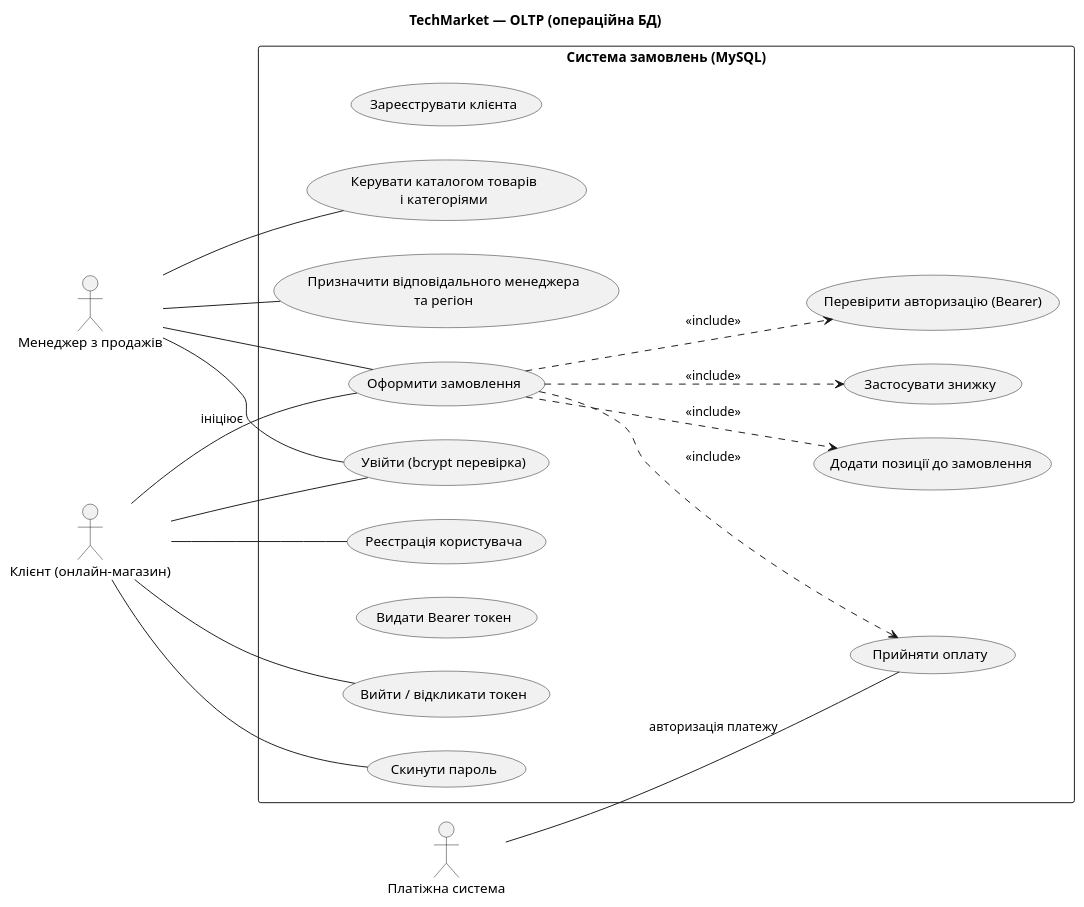
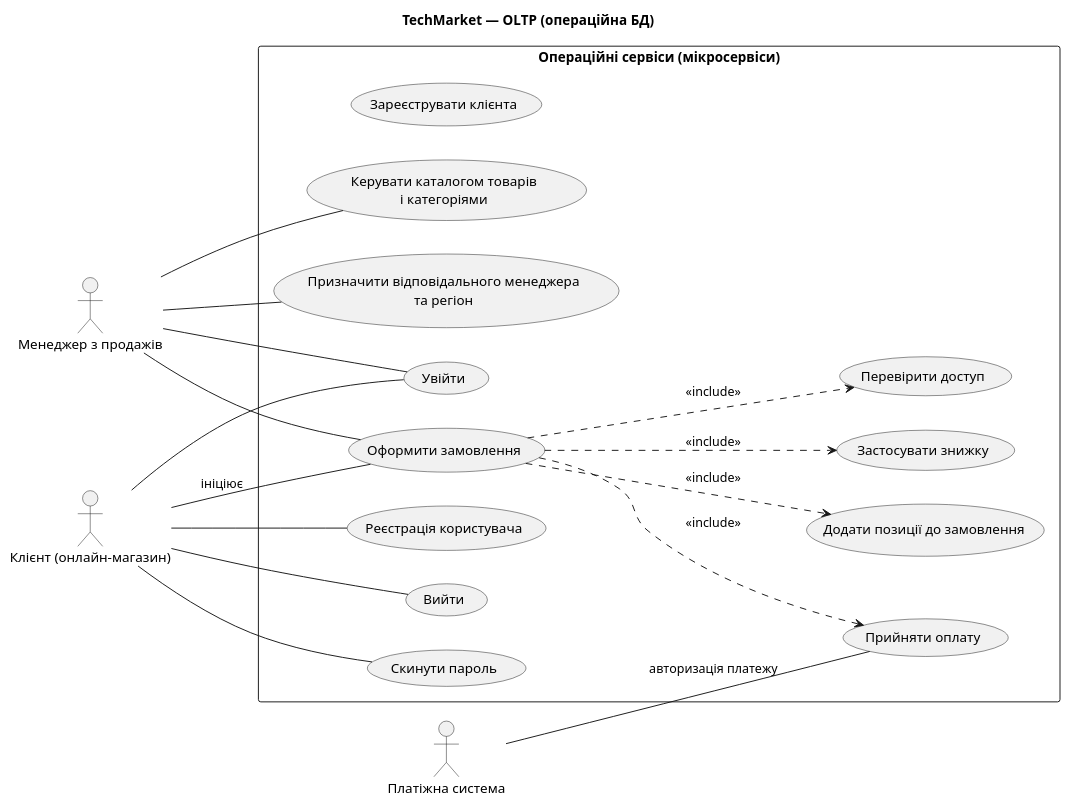
One commit to kshchuk/uni changed the diagram in 9-sem/Info/docs/usecase/usecase_oltp.puml. Above: the diagram before and after it, drawn with PlantUML. The commit also changed 46 other files, not shown here.

```diff
--- a/9-sem/Info/docs/usecase/usecase_oltp.puml
+++ b/9-sem/Info/docs/usecase/usecase_oltp.puml
@@ -1,44 +1,43 @@
 @startuml TechMarket_OLTP
 title TechMarket — OLTP (операційна БД)
 left to right direction
 
 actor "Менеджер з продажів" as Sales
 actor "Клієнт (онлайн-магазин)" as Customer
 actor "Платіжна система" as PSP
 
-rectangle "Система замовлень (MySQL)" {
+rectangle "Операційні сервіси (мікросервіси)" {
   usecase "Зареєструвати клієнта" as U1
   usecase "Керувати каталогом товарів\nі категоріями" as U2
   usecase "Оформити замовлення" as U3
   usecase "Додати позиції до замовлення" as U3a
   usecase "Застосувати знижку" as U3b
   usecase "Прийняти оплату" as U4
   usecase "Призначити відповідального менеджера\nта регіон" as U5
 
-  ' Auth use cases (bcrypt + Bearer)
+  ' Auth use cases (узагальнено)
   usecase "Реєстрація користувача" as UA1
-  usecase "Увійти (bcrypt перевірка)" as UA2
-  usecase "Видати Bearer токен" as UA3
-  usecase "Перевірити авторизацію (Bearer)" as UA4
-  usecase "Вийти / відкликати токен" as UA5
+  usecase "Увійти" as UA2
+  usecase "Перевірити доступ" as UA4
+  usecase "Вийти" as UA5
   usecase "Скинути пароль" as UA6
 }
 
 U3 ..> U3a : <<include>>
 U3 ..> U3b : <<include>>
 U3 ..> U4 : <<include>>
 U3 ..> UA4 : <<include>>
 
 Sales -- U2
 Sales -- U3
 Sales -- U5
 Customer -- U3 : ініціює
 PSP -- U4 : авторизація платежу
 
 Customer -- UA1
 Customer -- UA2
 Sales -- UA2
 Customer -- UA5
 Customer -- UA6
 
 @enduml
```
